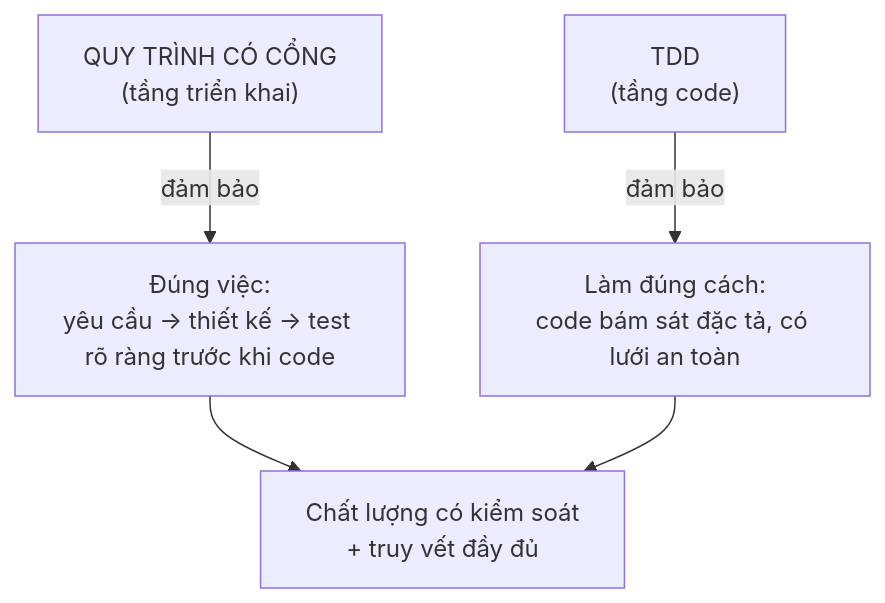
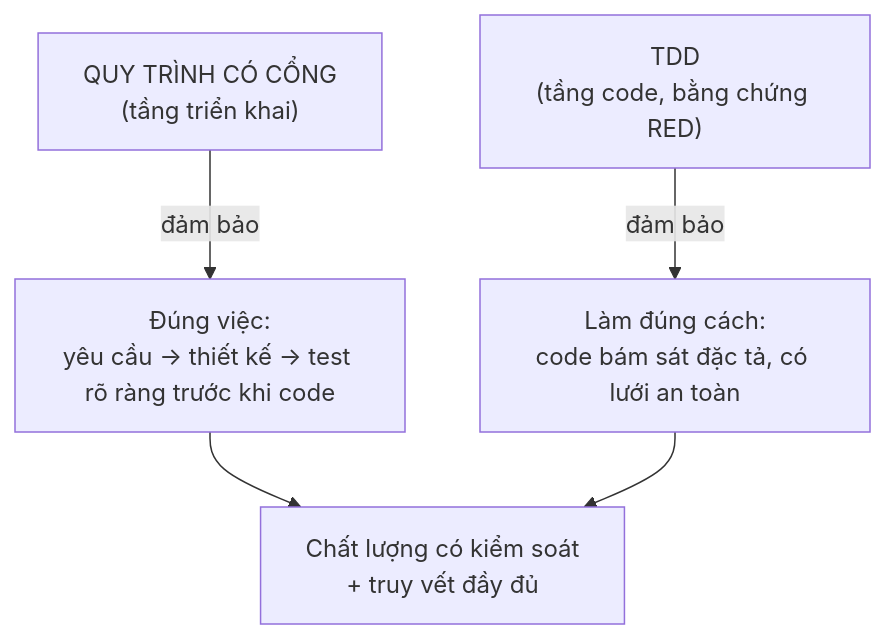
One commit to hanh9898/waterfall-bmad-method changed the second of 3 diagrams in docs/vi/explanation/why-incremental-tdd.md. Above: the diagram before and after it, drawn with Mermaid. The commit also changed other lines of this file and 29 other files, not shown here.

First line of the commit message:
docs(hbc): đồng bộ toàn bộ tài liệu sang v2 (incremental per-feature + TDD)

````diff
--- a/docs/vi/explanation/why-incremental-tdd.md
+++ b/docs/vi/explanation/why-incremental-tdd.md
@@ -54,7 +56,7 @@
 ```mermaid
 flowchart TD
     W["QUY TRÌNH CÓ CỔNG<br/>(tầng triển khai)"] -->|"đảm bảo"| A["Đúng việc:<br/>yêu cầu → thiết kế → test rõ ràng trước khi code"]
-    T["TDD<br/>(tầng code)"] -->|"đảm bảo"| B["Làm đúng cách:<br/>code bám sát đặc tả, có lưới an toàn"]
+    T["TDD<br/>(tầng code, bằng chứng RED)"] -->|"đảm bảo"| B["Làm đúng cách:<br/>code bám sát đặc tả, có lưới an toàn"]
     A --> Q["Chất lượng có kiểm soát<br/>+ truy vết đầy đủ"]
     B --> Q
 ```
````
